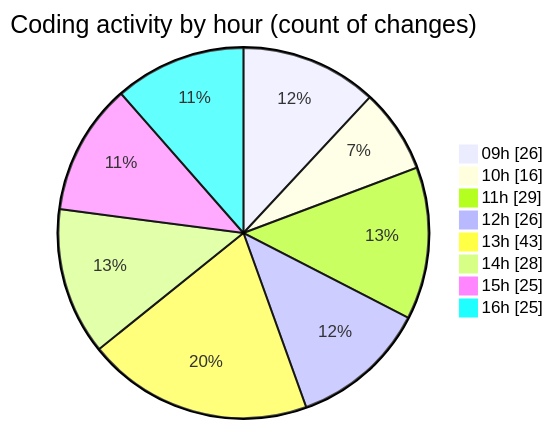
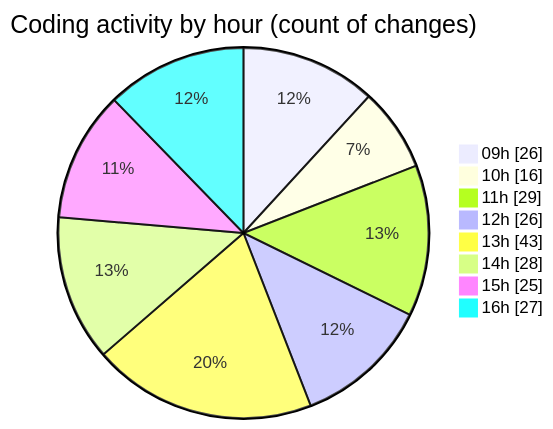
The second of 2 diagrams in 2025-11-17/cda/README.md (momahboobian/code-tracking), drawn with Mermaid before and after one commit. The commit also changed other lines of this file and 1 other file, not shown here.

````diff
--- a/2025-11-17/cda/README.md
+++ b/2025-11-17/cda/README.md
@@ -42,12 +42,12 @@
 ```mermaid
 pie showData
 title Coding activity by hour (count of changes)
 "09h" : 26
 "10h" : 16
 "11h" : 29
 "12h" : 26
 "13h" : 43
 "14h" : 28
 "15h" : 25
-"16h" : 25
+"16h" : 27
 ```
````
